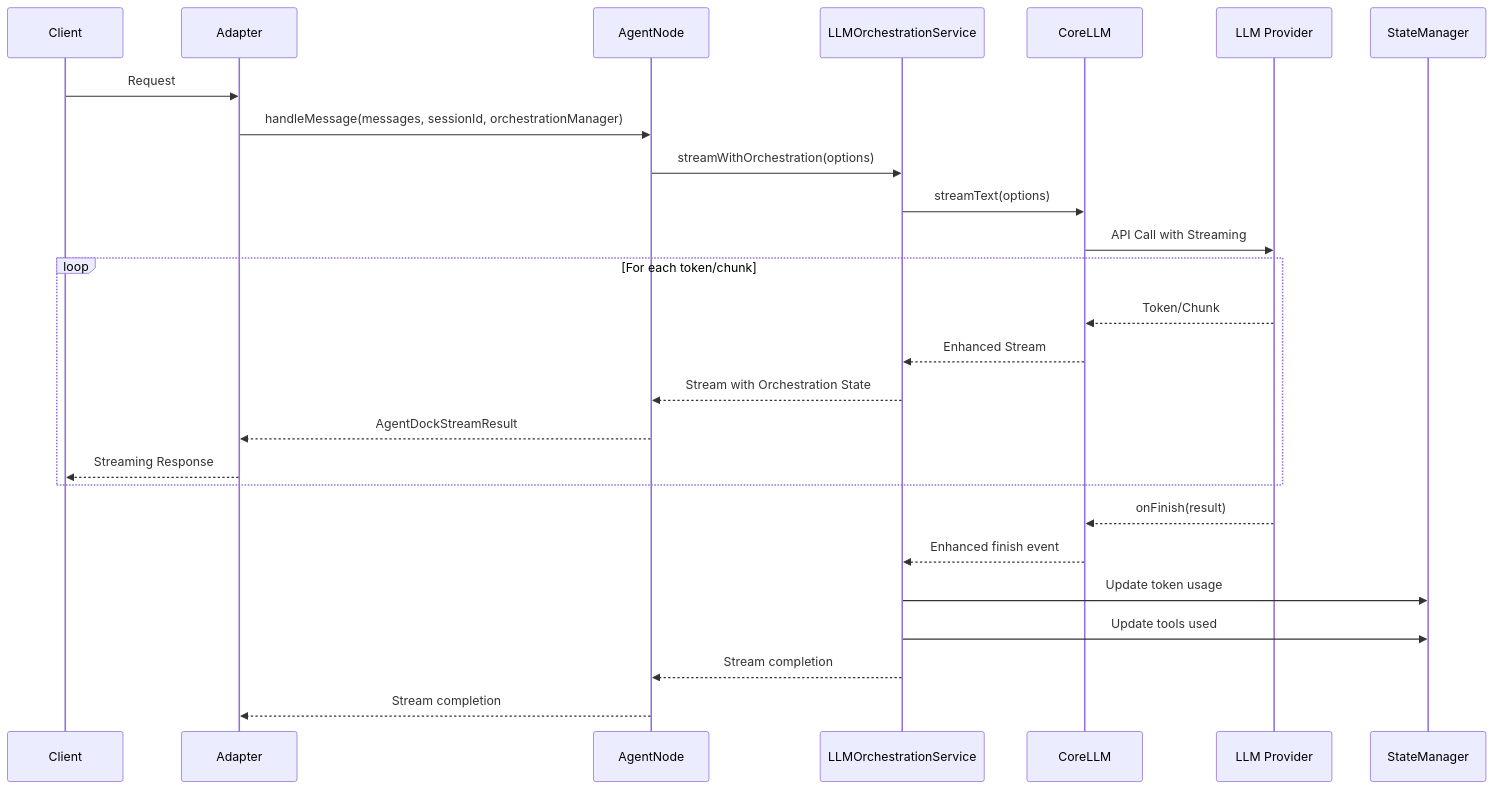
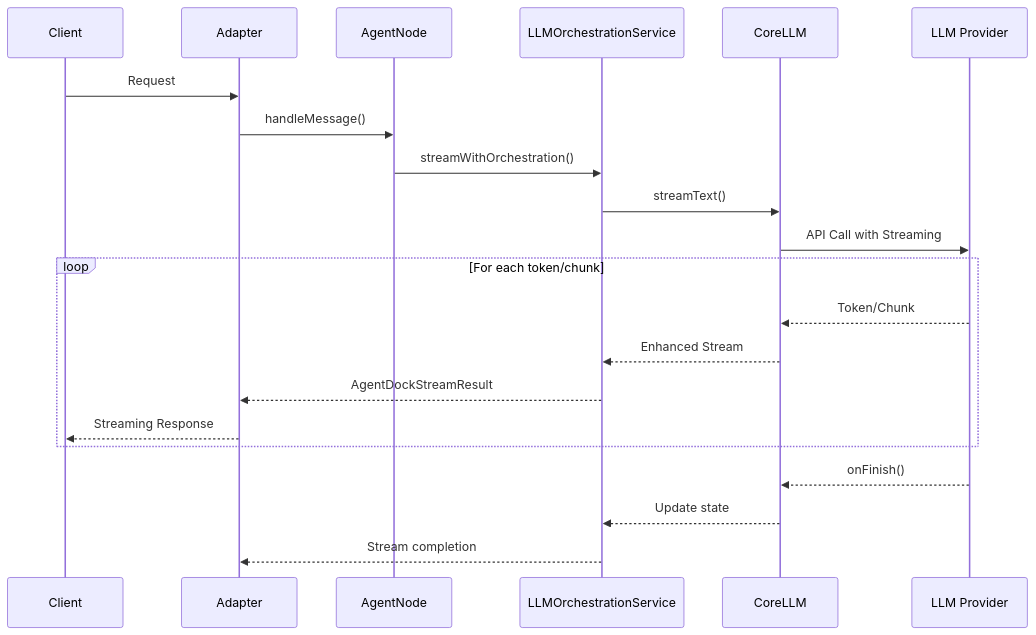
The second of 2 diagrams in docs/architecture/core/request-flow.md (AgentDock/AgentDock), drawn with Mermaid before and after one commit. The commit also changed other lines of this file and 6 other files, not shown here.

````diff
--- a/docs/architecture/core/request-flow.md
+++ b/docs/architecture/core/request-flow.md
@@ -157,31 +54,26 @@
 ```mermaid
 sequenceDiagram
     participant Client
     participant Adapter
     participant AgentNode
-    participant LLMOrchestrationService
+    participant LLMService as LLMOrchestrationService
     participant CoreLLM
     participant LLM as LLM Provider
-    participant StateManager
-
+    
     Client->>Adapter: Request
-    Adapter->>AgentNode: handleMessage(messages, sessionId, orchestrationManager)
-    AgentNode->>LLMOrchestrationService: streamWithOrchestration(options)
-    LLMOrchestrationService->>CoreLLM: streamText(options)
+    Adapter->>AgentNode: handleMessage()
+    AgentNode->>LLMService: streamWithOrchestration()
+    LLMService->>CoreLLM: streamText()
     CoreLLM->>LLM: API Call with Streaming
     
     loop For each token/chunk
         LLM-->>CoreLLM: Token/Chunk
-        CoreLLM-->>LLMOrchestrationService: Enhanced Stream
-        LLMOrchestrationService-->>AgentNode: Stream with Orchestration State
-        AgentNode-->>Adapter: AgentDockStreamResult
+        CoreLLM-->>LLMService: Enhanced Stream
+        LLMService-->>Adapter: AgentDockStreamResult
         Adapter-->>Client: Streaming Response
     end
 
-    LLM-->>CoreLLM: onFinish(result)
-    CoreLLM-->>LLMOrchestrationService: Enhanced finish event
-    LLMOrchestrationService->>StateManager: Update token usage
-    LLMOrchestrationService->>StateManager: Update tools used
-    LLMOrchestrationService-->>AgentNode: Stream completion
-    AgentNode-->>Adapter: Stream completion
+    LLM-->>CoreLLM: onFinish()
+    CoreLLM-->>LLMService: Update state
+    LLMService-->>Adapter: Stream completion
 ```
````
